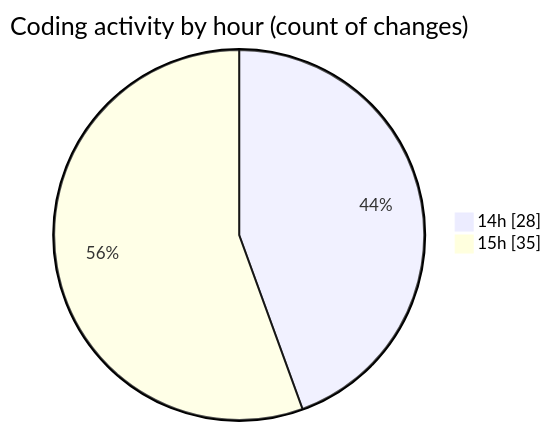
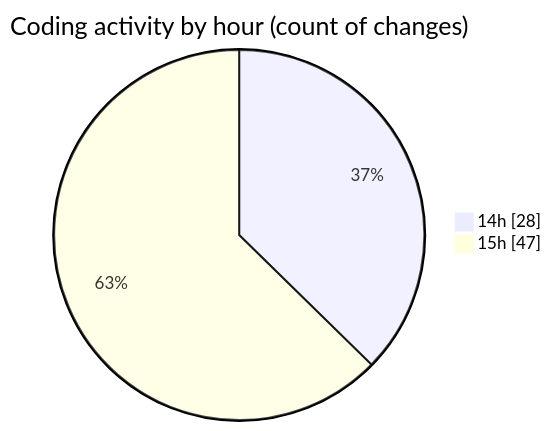
The second of 2 diagrams in 2025-03-02/cda/README.md (momahboobian/code-tracking), drawn with Mermaid before and after one commit. The commit also changed other lines of this file and 1 other file, not shown here.

````diff
--- a/2025-03-02/cda/README.md
+++ b/2025-03-02/cda/README.md
@@ -38,6 +39,6 @@
 ```mermaid
 pie showData
 title Coding activity by hour (count of changes)
 "14h" : 28
-"15h" : 35
+"15h" : 47
 ```
````
